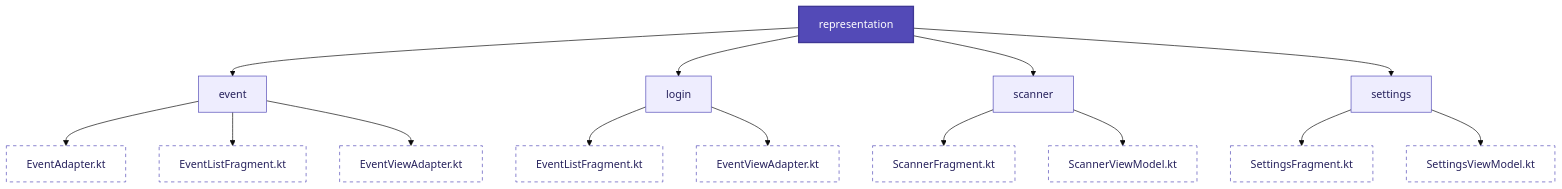
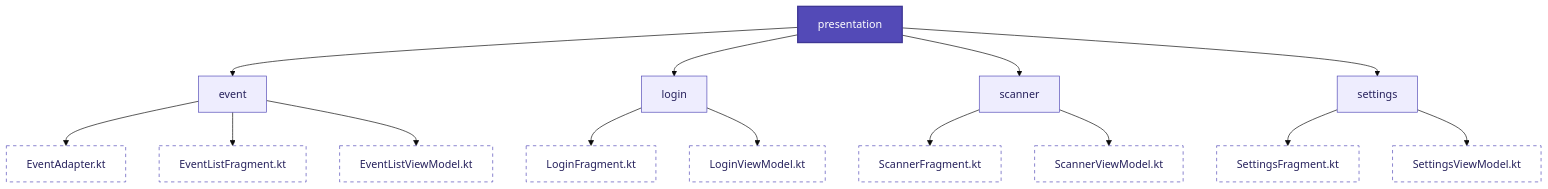
One commit to ManuelPavonBuendia/AppEntradas changed the ninth of 9 diagrams in README.md. Above: the diagram before and after it, drawn with Mermaid (base theme). The commit also changed other lines of this file, not shown here.

````diff
--- a/README.md
+++ b/README.md
@@ -289,25 +337,25 @@
 ```mermaid
 graph TD
-    pres[representation]:::layerStyle
+    pres[presentation]:::layerStyle
     
     pres --> event[event]
     event --> eventadt[EventAdapter.kt]:::folderStyle
     event --> eventlist[EventListFragment.kt]:::folderStyle
-    event --> eventview[EventViewAdapter.kt]:::folderStyle
+    event --> eventview[EventListViewModel.kt]:::folderStyle
 
     pres --> login[login]
-    login --> loginfrag[EventListFragment.kt]:::folderStyle
-    login --> loginview[EventViewAdapter.kt]:::folderStyle
+    login --> loginfrag[LoginFragment.kt]:::folderStyle
+    login --> loginview[LoginViewModel.kt]:::folderStyle
 
     pres --> scanner[scanner]
     scanner --> scannerfrag[ScannerFragment.kt]:::folderStyle
     scanner --> scannerview[ScannerViewModel.kt]:::folderStyle
 
     pres --> setting[settings]
     setting --> settingsfrag[SettingsFragment.kt]:::folderStyle
-    setting--> settingsview[SettingsViewModel.kt]:::folderStyle
+    setting --> settingsview[SettingsViewModel.kt]:::folderStyle
 
     classDef layerStyle fill:#534AB7,color:#fff,stroke:#3F3795,stroke-width:2px
     classDef folderStyle fill:white,color:#26215C,stroke:#534AB7,stroke-dasharray: 5 5
     classDef default fill:#EEEDFE,color:#26215C,stroke:#534AB7
 ```
````
